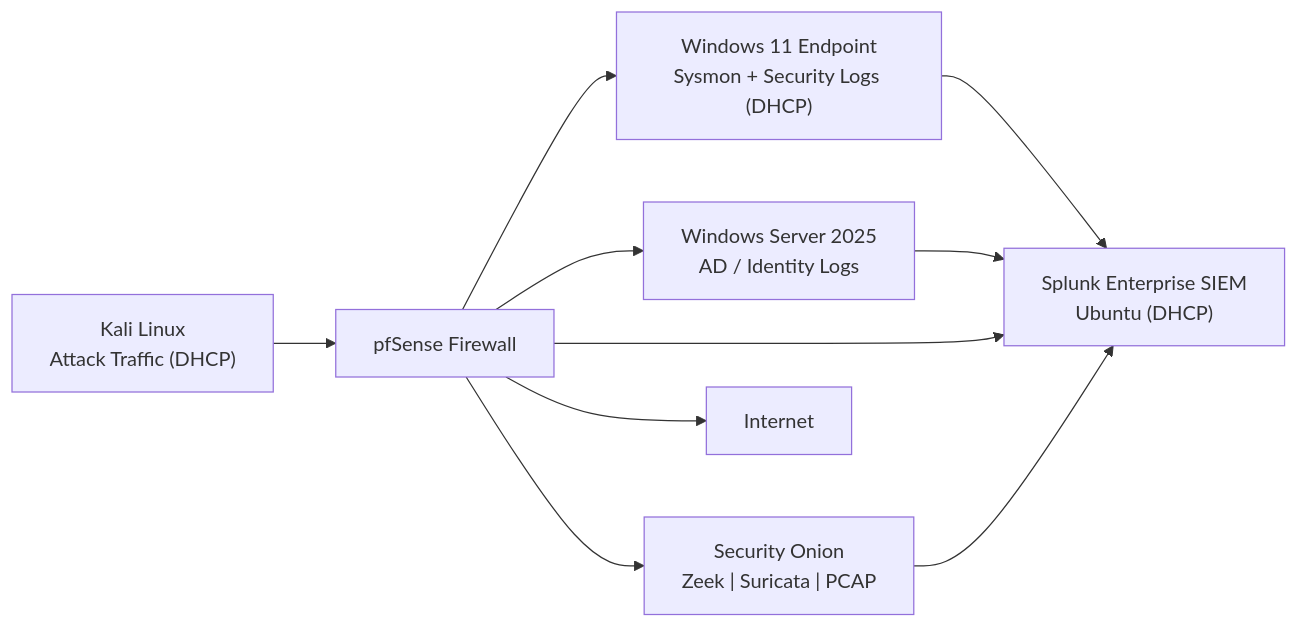
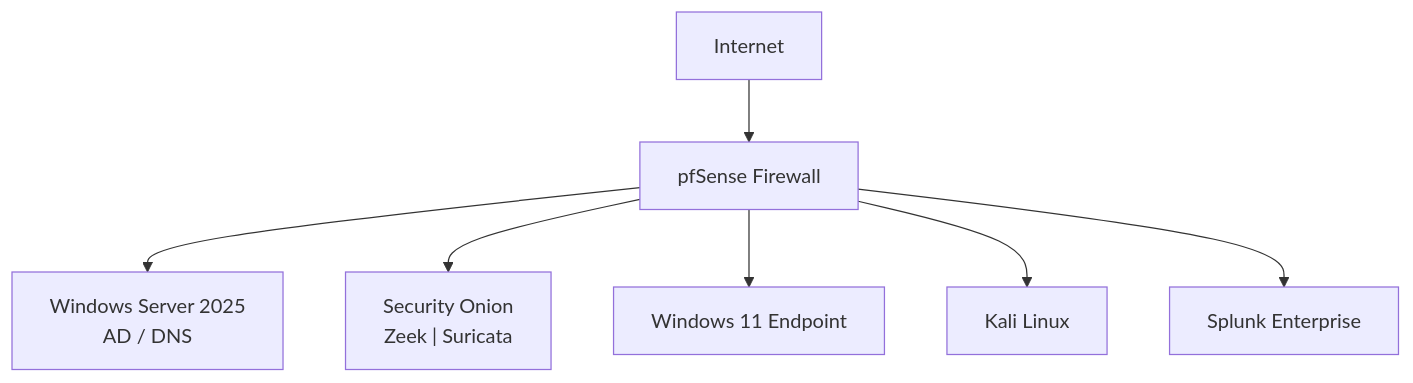
Before and after one commit to espcarlo27-byte/jce-cyber-lab: the diagram in README.md, drawn with Mermaid. The commit also changed other lines of this file, not shown here.

````diff
--- a/README.md
+++ b/README.md
@@ -73,20 +53,18 @@
 ```mermaid
-flowchart LR
-    Kali["Kali Linux\nAttack Traffic (DHCP)"]
+flowchart TB
+    Internet["Internet"]
     pfSense["pfSense Firewall"]
-    Win11["Windows 11 Endpoint\nSysmon + Security Logs (DHCP)"]
-    AD["Windows Server 2025\nAD / Identity Logs"]
-    SO["Security Onion\nZeek | Suricata | PCAP"]
-    Splunk["Splunk Enterprise SIEM\nUbuntu (DHCP)"]
-    Internet["Internet"]
 
-    Kali --> pfSense --> Internet
+    AD["Windows Server 2025\nAD / DNS"]
+    SO["Security Onion\nZeek | Suricata"]
+    Win11["Windows 11 Endpoint"]
+    Kali["Kali Linux"]
+    Splunk["Splunk Enterprise"]
+
+    Internet --> pfSense
+    pfSense --> AD
+    pfSense --> SO
     pfSense --> Win11
-    pfSense --> AD
-
-    Win11 --> Splunk
-    AD --> Splunk
+    pfSense --> Kali
     pfSense --> Splunk
-    pfSense --> SO
-    SO --> Splunk
 ```
````
